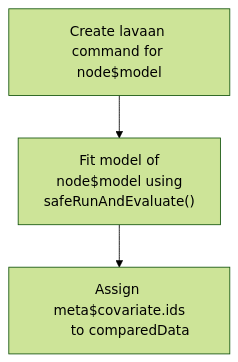
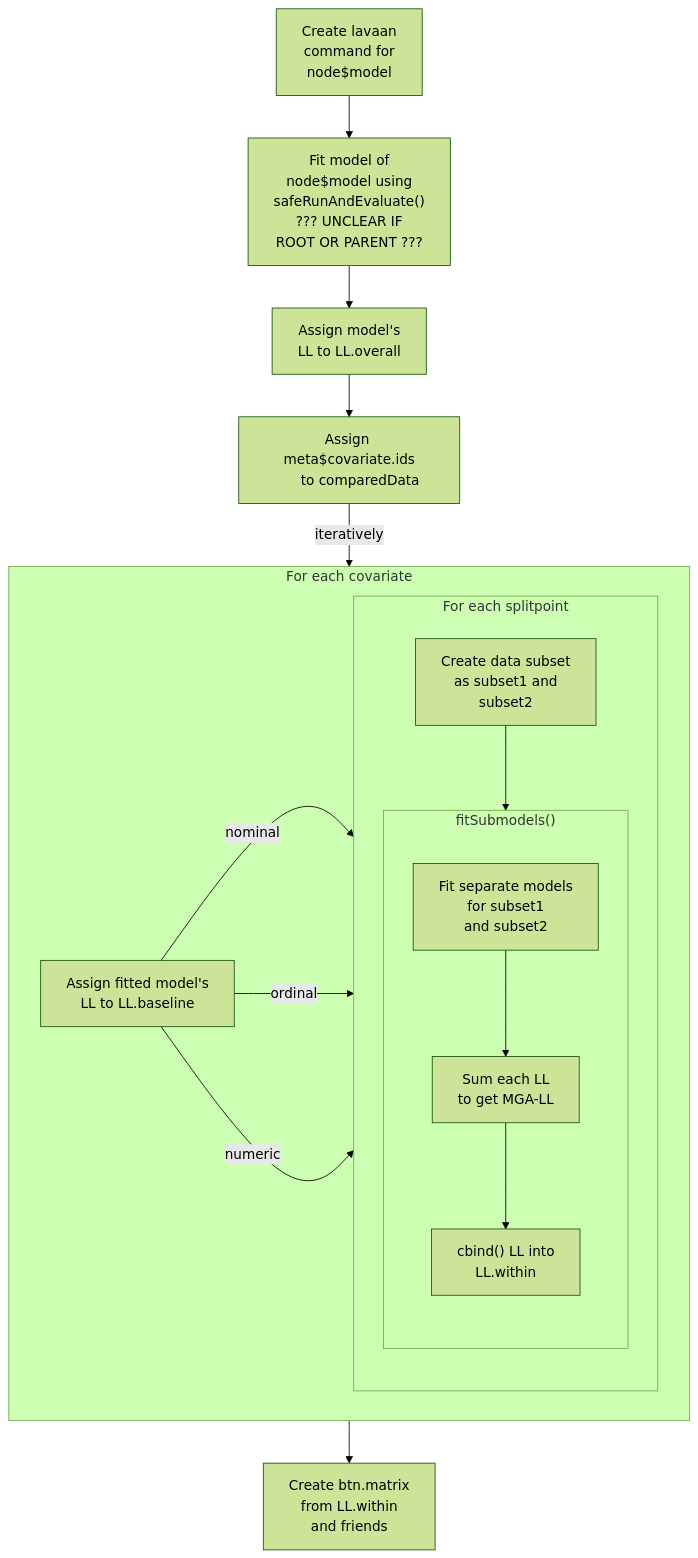
One commit to emstruong/semtree changed the fourth of 4 diagrams in dev/UnderstandingSEMTrees.qmd. Above: the diagram before and after it, drawn with Mermaid (forest theme). The commit also changed other lines of this file and 16 other files, not shown here.

````diff
--- a/dev/UnderstandingSEMTrees.qmd
+++ b/dev/UnderstandingSEMTrees.qmd
@@ -158,11 +166,46 @@
 ```{mermaid}
+%% TODO: This problem here
 flowchart TB
-    A["Create lavaan command for node$model"] 
+    A["Create lavaan
+    command for
+    node$model"] 
     B["Fit model of 
     node$model using 
-    safeRunAndEvaluate()"]
-    A --> B
-    C[Assign meta$covariate.ids
+    safeRunAndEvaluate()
+    ??? UNCLEAR IF 
+    ROOT OR PARENT ???"]
+    C["Assign model's
+    LL to LL.overall"]
+    D[Assign meta$covariate.ids
      to comparedData]
-    B --> C
+    A --> B --> C --> D
+    D --iteratively--> iter
+    
+    subgraph iter[For each covariate]
+        E[Assign fitted model's
+        LL to LL.baseline]
+        subgraph submodels[For each splitpoint]
+            F[Create data subset 
+            as subset1 and 
+            subset2]
+            subgraph fitSubmodels["fitSubmodels()"]
+            G["Fit separate models
+            for subset1
+            and subset2"]
+            H["Sum each LL
+            to get MGA-LL"]
+            I["cbind() LL into 
+        LL.within"]
+        G --> H --> I
+        end
+        F --> fitSubmodels
+        end
+        E -- nominal --> submodels
+        E -- ordinal --> submodels
+        E -- numeric --> submodels
+    end
+    iter --> J[Create btn.matrix
+    from LL.within 
+    and friends]
+    
 ```
````
